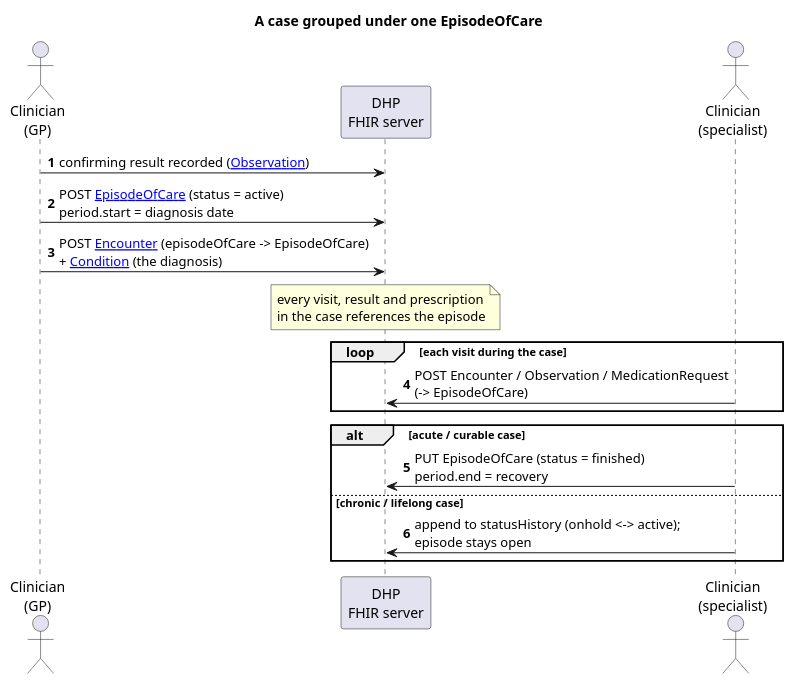
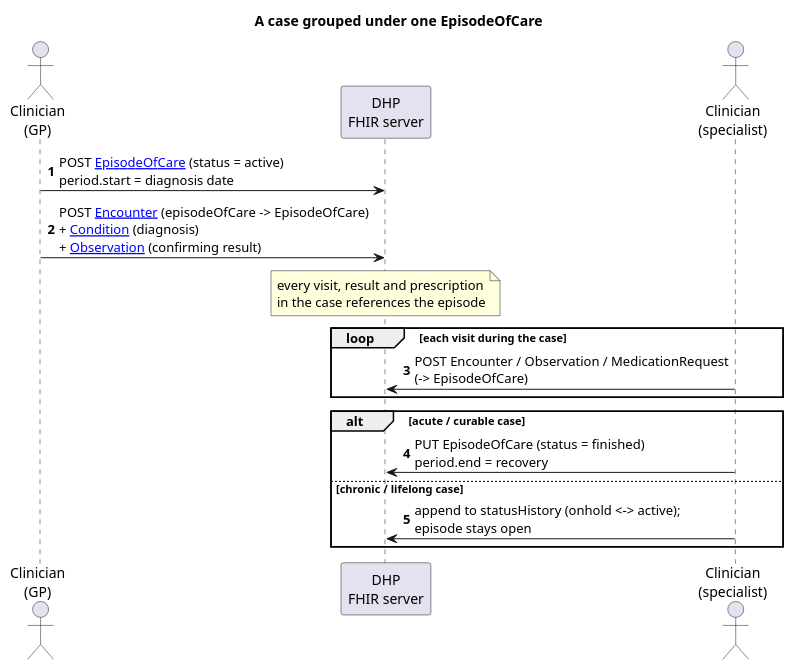
One commit to uzinfocom-org/digital-health-ig changed the diagram in input/images-source/patient-journey-sequence.plantuml. Above: the diagram before and after it, drawn with PlantUML.

Commit message:
Create EpisodeOfCare before Encounter in patient-journey diagram

```diff
--- a/input/images-source/patient-journey-sequence.plantuml
+++ b/input/images-source/patient-journey-sequence.plantuml
@@ -1,23 +1,22 @@
 @startuml patient-journey-sequence
 title A case grouped under one EpisodeOfCare
 autonumber
 
 actor "Clinician\n(GP)" as GP
 participant "DHP\nFHIR server" as DHP
 actor "Clinician\n(specialist)" as Spec
 
-GP -> DHP : confirming result recorded ([[StructureDefinition-uz-core-observation.html Observation]])
 GP -> DHP : POST [[StructureDefinition-uz-core-episodeofcare.html EpisodeOfCare]] (status = active)\nperiod.start = diagnosis date
-GP -> DHP : POST [[StructureDefinition-uz-core-encounter.html Encounter]] (episodeOfCare -> EpisodeOfCare)\n+ [[StructureDefinition-uz-core-condition.html Condition]] (the diagnosis)
+GP -> DHP : POST [[StructureDefinition-uz-core-encounter.html Encounter]] (episodeOfCare -> EpisodeOfCare)\n+ [[StructureDefinition-uz-core-condition.html Condition]] (diagnosis)\n+ [[StructureDefinition-uz-core-observation.html Observation]] (confirming result)
 
 note over DHP : every visit, result and prescription\nin the case references the episode
 loop each visit during the case
   Spec -> DHP : POST Encounter / Observation / MedicationRequest\n(-> EpisodeOfCare)
 end
 
 alt acute / curable case
   Spec -> DHP : PUT EpisodeOfCare (status = finished)\nperiod.end = recovery
 else chronic / lifelong case
   Spec -> DHP : append to statusHistory (onhold <-> active);\nepisode stays open
 end
 @enduml
```
